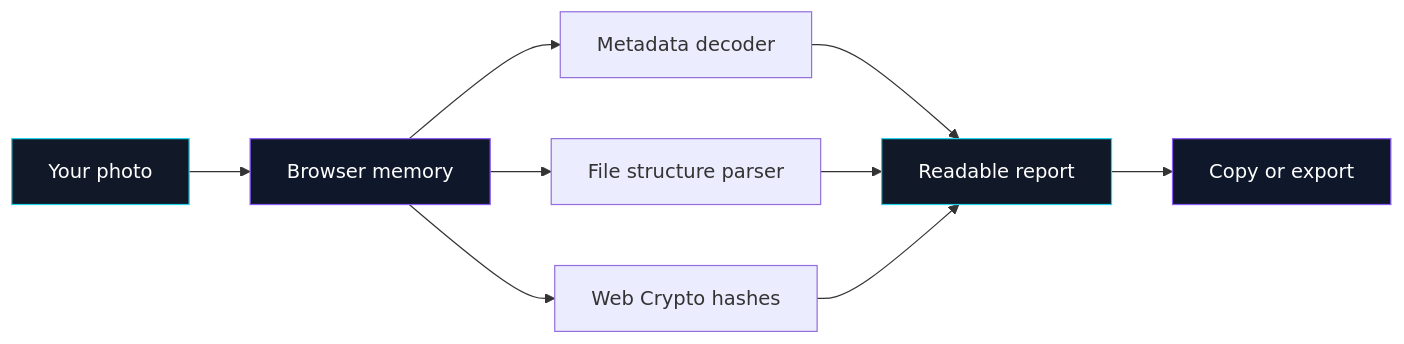
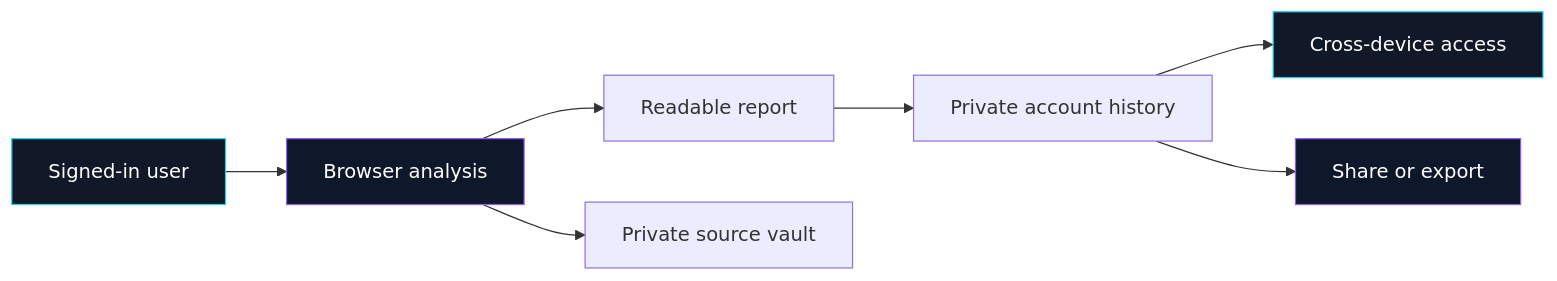
Before and after one commit to ashermenachem/DeepFrame: the diagram in README.md, drawn with Mermaid. The commit also changed other lines of this file and 41 other files, not shown here.

````diff
--- a/README.md
+++ b/README.md
@@ -69,16 +69,14 @@
 ```mermaid
 flowchart LR
-    A[Your photo] --> B[Browser memory]
-    B --> C[Metadata decoder]
-    B --> D[File structure parser]
-    B --> E[Web Crypto hashes]
-    C --> F[Readable report]
-    D --> F
-    E --> F
-    F --> G[Copy or export]
+    A[Signed-in user] --> B[Browser analysis]
+    B --> C[Readable report]
+    B --> D[Private source vault]
+    C --> E[Private account history]
+    E --> F[Cross-device access]
+    E --> G[Share or export]
 
     style A fill:#111827,stroke:#22d3ee,color:#fff
     style B fill:#0f172a,stroke:#8b5cf6,color:#fff
     style F fill:#111827,stroke:#22d3ee,color:#fff
     style G fill:#0f172a,stroke:#8b5cf6,color:#fff
 ```
````
